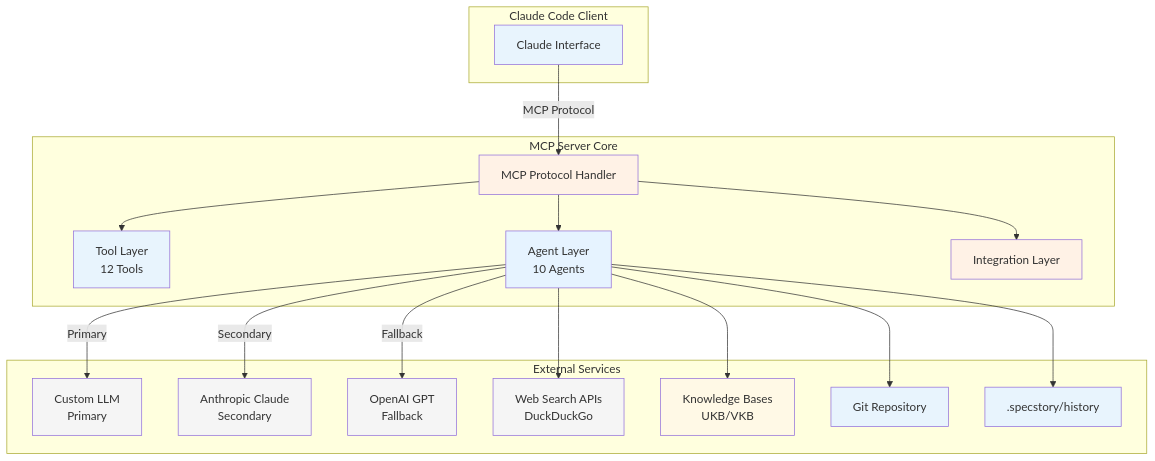
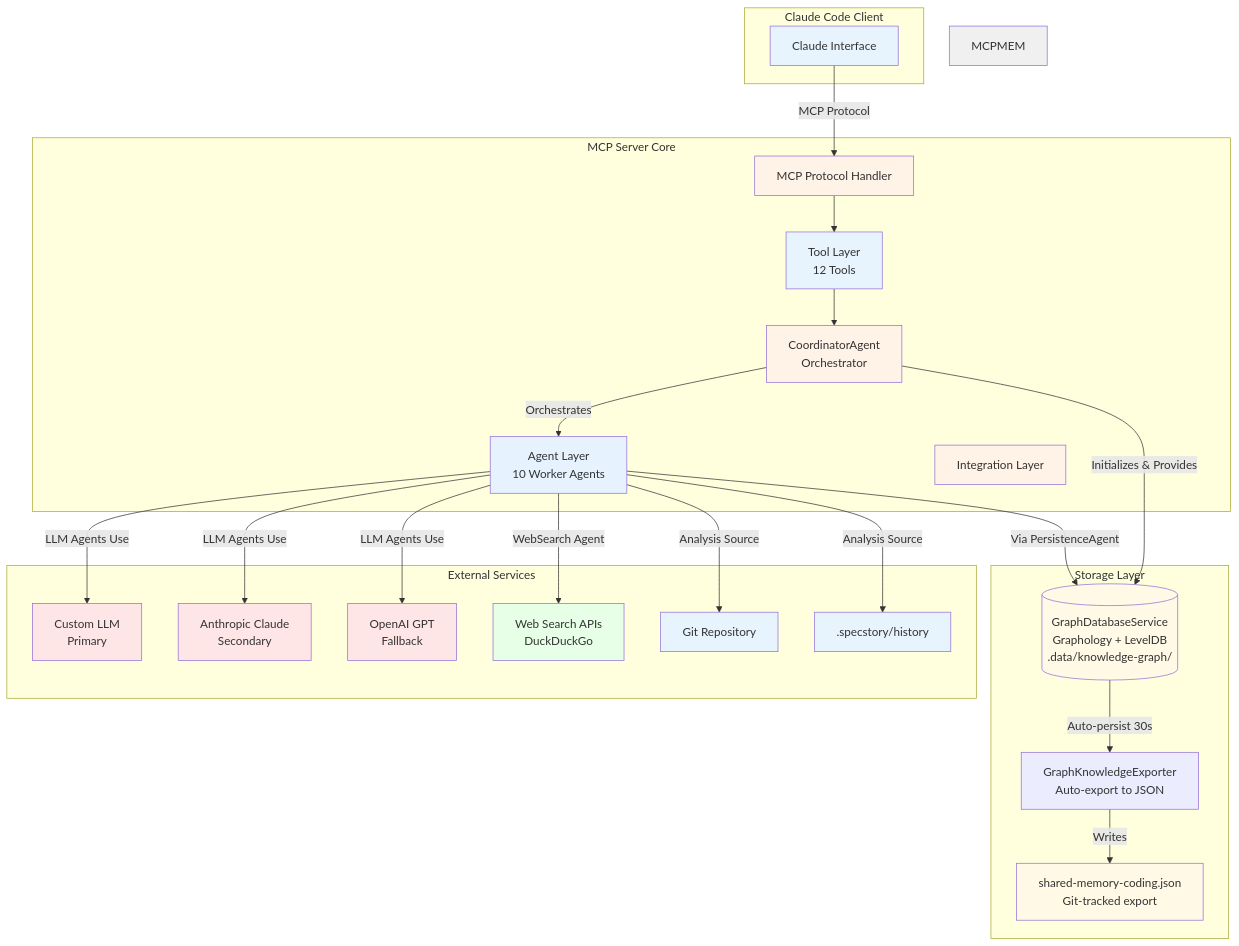
The second of 3 diagrams in README.md (fwornle/mcp-server-semantic-analysis), drawn with Mermaid before and after one commit. The commit also changed other lines of this file and 25 other files, not shown here.

Commit message:
fix: semantic analysis MCP server (incl. docu updated)

````diff
--- a/README.md
+++ b/README.md
@@ -174,49 +187,62 @@
 ```mermaid
 graph TB
     subgraph "Claude Code Client"
         CLAUDE[Claude Interface]
     end
-    
+
     subgraph "MCP Server Core"
         MCP[MCP Protocol Handler]
         TOOLS[Tool Layer<br/>12 Tools]
-        AGENTS[Agent Layer<br/>10 Agents]
+        COORD[CoordinatorAgent<br/>Orchestrator]
+        AGENTS[Agent Layer<br/>10 Worker Agents]
         INTEG[Integration Layer]
     end
-    
+
+    subgraph "Storage Layer"
+        GRAPHDB[(GraphDatabaseService<br/>Graphology + LevelDB<br/>.data/knowledge-graph/)]
+        EXPORT[GraphKnowledgeExporter<br/>Auto-export to JSON]
+        SHARED[shared-memory-coding.json<br/>Git-tracked export]
+    end
+
     subgraph "External Services"
         CUSTOM[Custom LLM<br/>Primary]
         ANTHROPIC[Anthropic Claude<br/>Secondary]
         OPENAI[OpenAI GPT<br/>Fallback]
         SEARCH[Web Search APIs<br/>DuckDuckGo]
-        KB[Knowledge Bases<br/>UKB/VKB]
         GIT[Git Repository]
         HIST[.specstory/history]
     end
-    
+
     CLAUDE -->|MCP Protocol| MCP
     MCP --> TOOLS
-    MCP --> AGENTS
-    MCP --> INTEG
-    
-    AGENTS -->|Primary| CUSTOM
-    AGENTS -->|Secondary| ANTHROPIC
-    AGENTS -->|Fallback| OPENAI
-    AGENTS --> SEARCH
-    AGENTS --> KB
-    AGENTS --> GIT
-    AGENTS --> HIST
-    
+    TOOLS --> COORD
+    COORD -->|Orchestrates| AGENTS
+
+    AGENTS -->|LLM Agents Use| CUSTOM
+    AGENTS -->|LLM Agents Use| ANTHROPIC
+    AGENTS -->|LLM Agents Use| OPENAI
+    AGENTS -->|WebSearch Agent| SEARCH
+    AGENTS -->|Analysis Source| GIT
+    AGENTS -->|Analysis Source| HIST
+
+    COORD -->|Initializes & Provides| GRAPHDB
+    AGENTS -->|Via PersistenceAgent| GRAPHDB
+    GRAPHDB -->|Auto-persist 30s| EXPORT
+    EXPORT -->|Writes| SHARED
+
     style CLAUDE fill:#e8f4fd
     style MCP fill:#fff2e6
     style TOOLS fill:#e8f4fd
+    style COORD fill:#fff2e6
     style AGENTS fill:#e6f3ff
     style INTEG fill:#fff2e6
-    style CUSTOM fill:#f5f5f5
-    style ANTHROPIC fill:#f5f5f5
-    style OPENAI fill:#f5f5f5
-    style SEARCH fill:#f5f5f5
-    style KB fill:#fff9e6
+    style CUSTOM fill:#ffe6e6
+    style ANTHROPIC fill:#ffe6e6
+    style OPENAI fill:#ffe6e6
+    style SEARCH fill:#e6ffe6
+    style GRAPHDB fill:#fff9e6
+    style SHARED fill:#fff9e6
+    style MCPMEM fill:#f0f0f0
     style GIT fill:#e8f4fd
     style HIST fill:#e8f4fd
 ```
````
